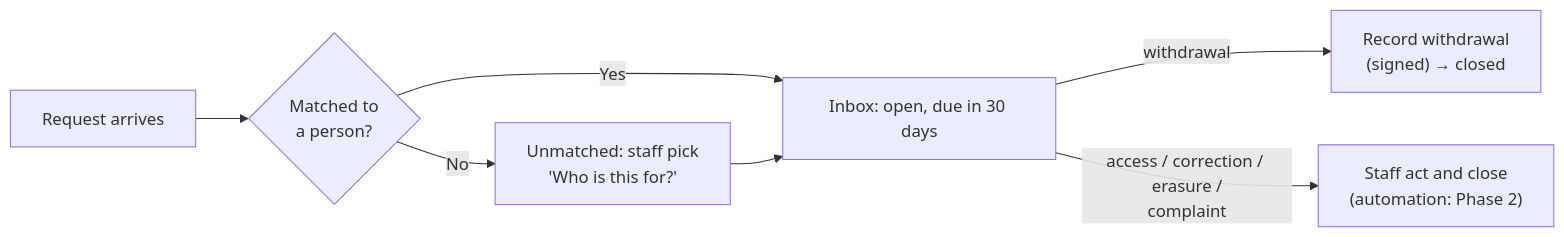
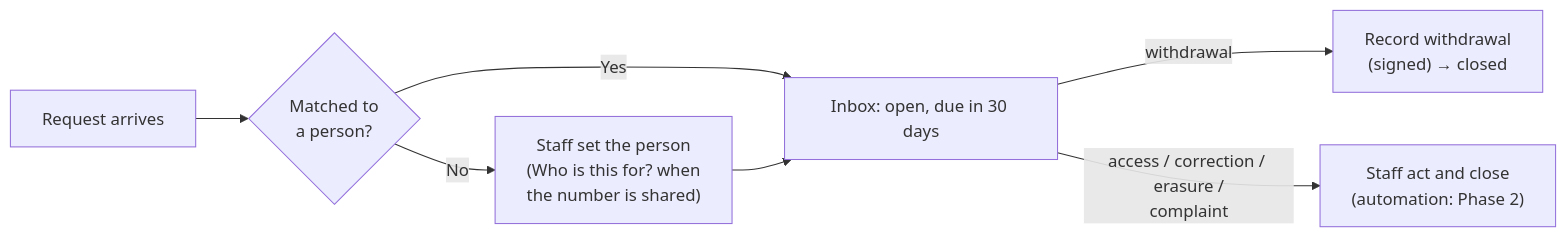
One commit to sunandan89/anumati changed the sixth of 8 diagrams in docs/guide/product-guide.md. Above: the diagram before and after it, drawn with Mermaid. The commit also changed other lines of this file and 5 other files, not shown here.

````diff
--- a/docs/guide/product-guide.md
+++ b/docs/guide/product-guide.md
@@ -274,9 +279,9 @@
 ```mermaid
 flowchart LR
   A["Request arrives"] --> B{"Matched to<br/>a person?"}
   B -- "Yes" --> C["Inbox: open, due in 30 days"]
-  B -- "No" --> U["Unmatched: staff pick<br/>'Who is this for?'"]
+  B -- "No" --> U["Staff set the person<br/>(Who is this for? when<br/>the number is shared)"]
   U --> C
   C -- "withdrawal" --> W["Record withdrawal<br/>(signed) → closed"]
   C -- "access / correction / erasure /<br/>complaint" --> M["Staff act and close<br/>(automation: Phase 2)"]
 ```
````
